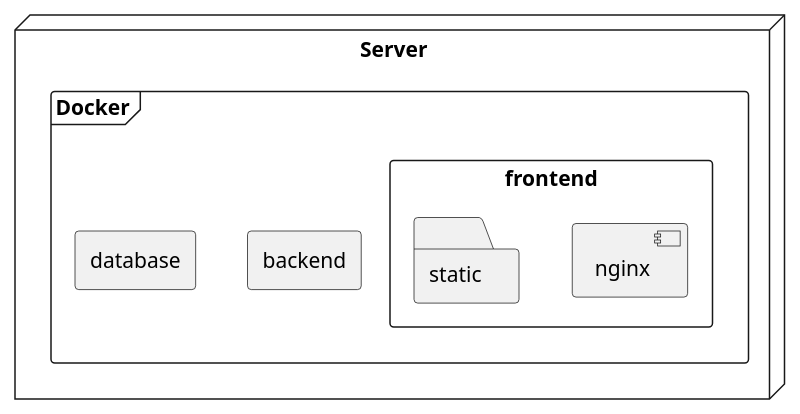
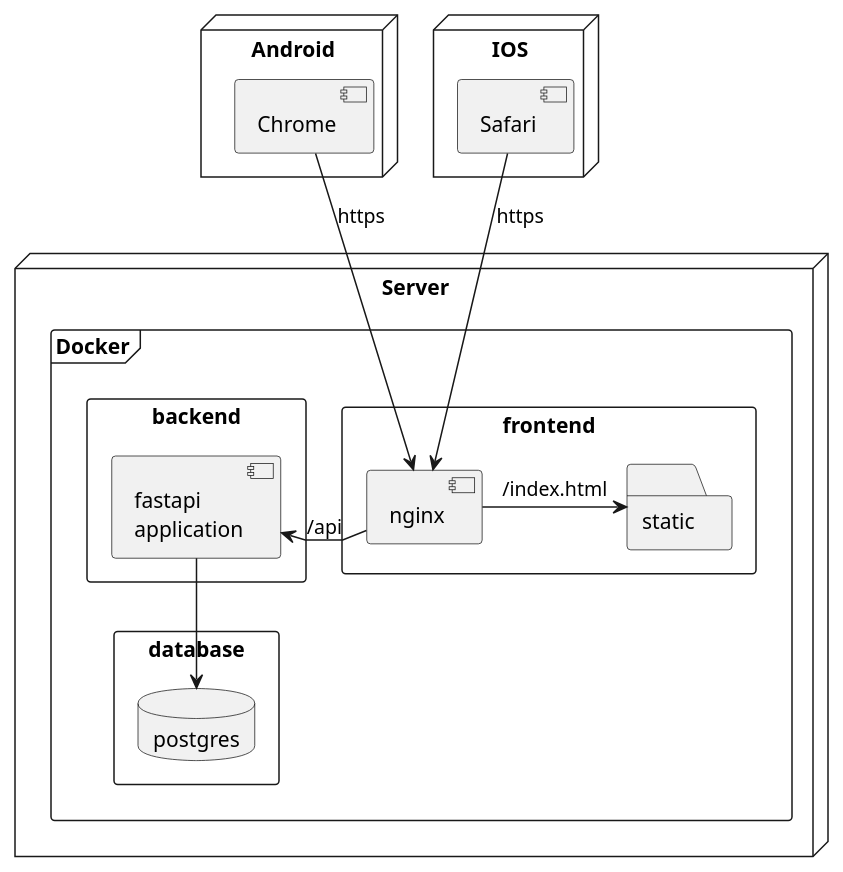
The diagram in deployment.puml (kluchi/diagrams), drawn with PlantUML before and after one commit.

Commit message:
add devices and specify backend and database

```diff
--- a/deployment.puml
+++ b/deployment.puml
@@ -1,24 +1,60 @@
 @startuml deployment
+
+'left to right direction
+
+'skinparam linetype ortho
+skinparam linetype polyline
+
+skinparam nodesep 25
+skinparam ranksep 20
+
 
 node Server {
     frame Docker {
         rectangle frontend {
             component nginx {
 
             }
-            folder static{
+            folder static {
 
             }
         }
 
         rectangle backend {
-
+            component api_server [fastapi 
+            application]
         }
 
         rectangle database {
-
+            database postgres
         }
     }
 }
 
+
+
+    node Android as andoid {
+    component Chrome {
+
+    }
+}
+
+node IOS as ios {
+    component Safari {
+
+    }
+}
+
+
+
+
+nginx -r-> api_server : /api
+nginx -r-> static : /index.html
+
+api_server --> postgres
+
+Safari --> nginx : https
+
+Chrome --> nginx : https
+
 @enduml
```
